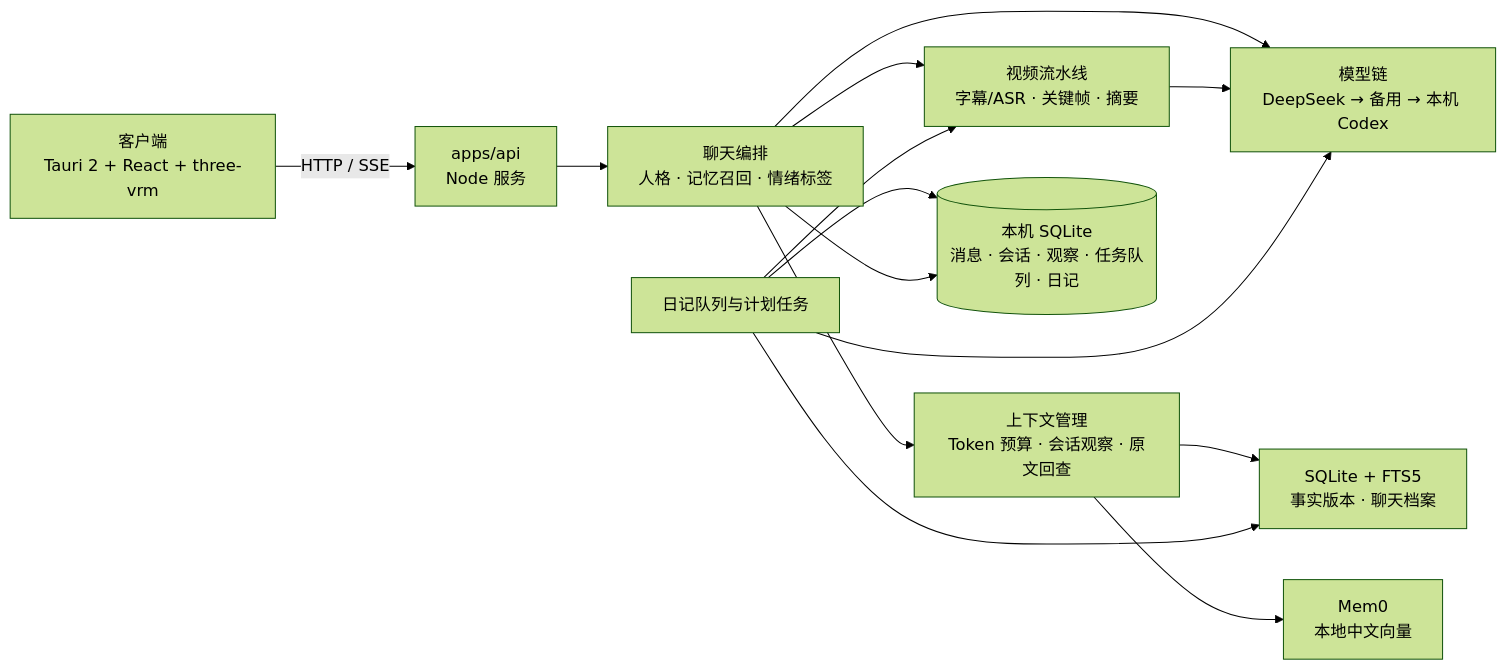
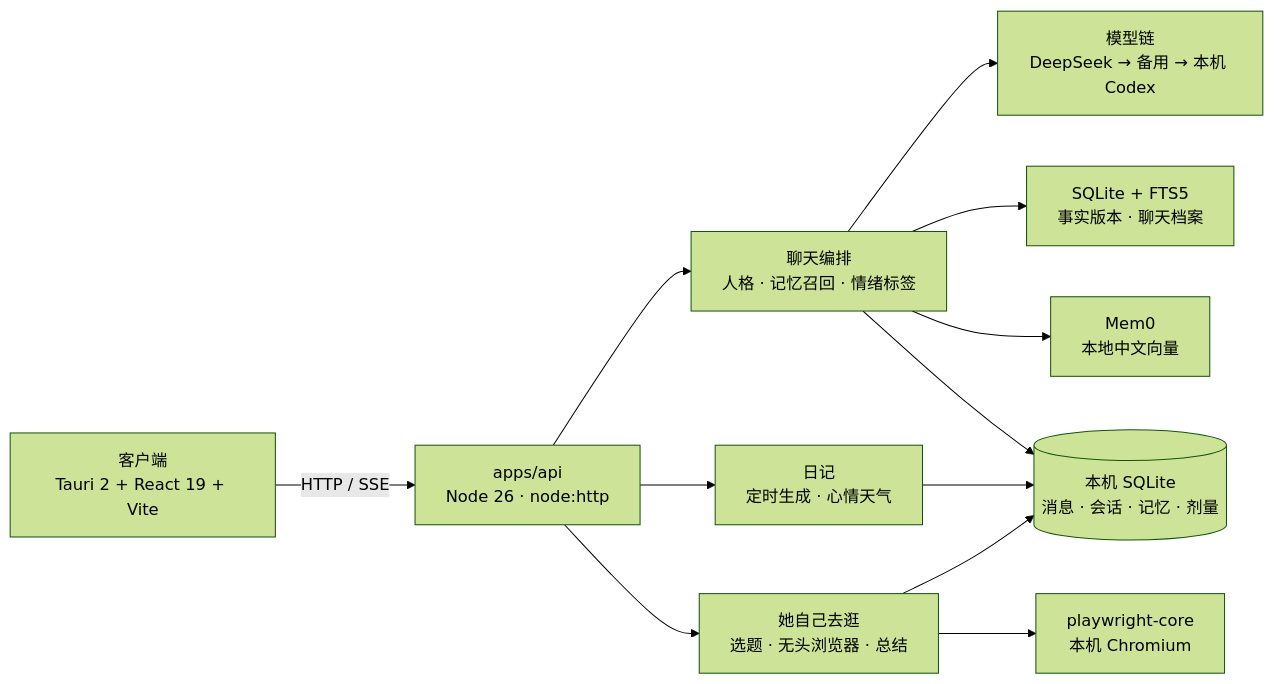
Before and after one commit to OmnixSI/WhalePartner: the diagram in README.md, drawn with Mermaid (forest theme). The commit also changed other lines of this file and 1 other file, not shown here.

````diff
--- a/README.md
+++ b/README.md
@@ -63,16 +103,14 @@
 ```mermaid
 flowchart LR
-  UI["客户端<br/>Tauri 2 + React + three-vrm"] -- "HTTP / SSE" --> API["apps/api<br/>Node 服务"]
+  UI["客户端<br/>Tauri 2 + React 19 + Vite"] -- "HTTP / SSE" --> API["apps/api<br/>Node 26 · node:http"]
   API --> Chat["聊天编排<br/>人格 · 记忆召回 · 情绪标签"]
   Chat --> LLM["模型链<br/>DeepSeek → 备用 → 本机 Codex"]
-  Chat --> Context["上下文管理<br/>Token 预算 · 会话观察 · 原文回查"]
-  Context --> Mem["SQLite + FTS5<br/>事实版本 · 聊天档案"]
-  Context --> Vec["Mem0<br/>本地中文向量"]
-  Chat --> Video["视频流水线<br/>字幕/ASR · 关键帧 · 摘要"]
-  Video --> LLM
-  Diary["日记队列与计划任务"] --> Video
-  Diary --> LLM
+  Chat --> Mem["SQLite + FTS5<br/>事实版本 · 聊天档案"]
+  Chat --> Vec["Mem0<br/>本地中文向量"]
+  API --> Diary["日记<br/>定时生成 · 心情天气"]
+  API --> Surf["她自己去逛<br/>选题 · 无头浏览器 · 总结"]
+  Surf --> Chromium["playwright-core<br/>本机 Chromium"]
+  Chat --> DB[("本机 SQLite<br/>消息 · 会话 · 记忆 · 剂量")]
   Diary --> DB
-  Diary --> Mem
-  Chat --> DB[("本机 SQLite<br/>消息 · 会话 · 观察 · 任务队列 · 日记")]
+  Surf --> DB
 ```
````
